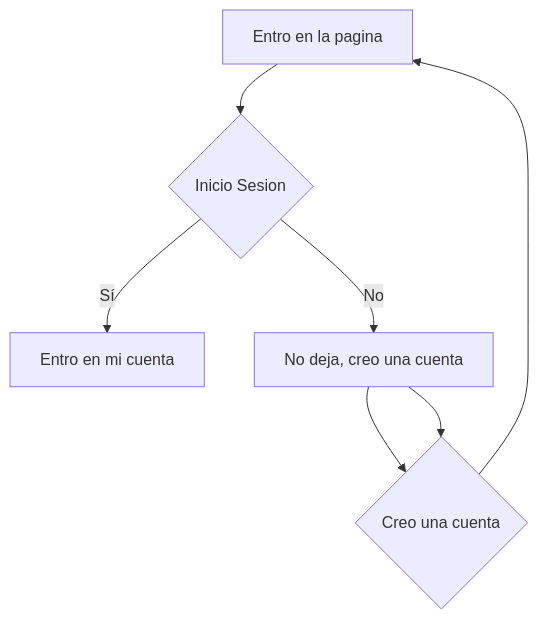
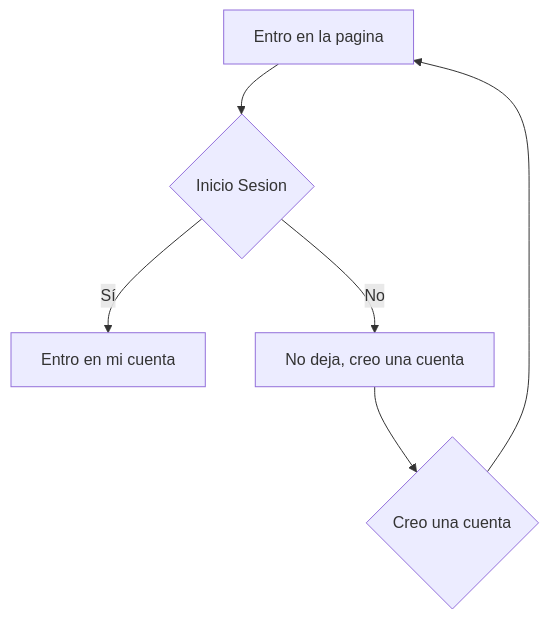
One commit to MyNameIsAlecs/Kahoot-UML changed the second of 2 diagrams in README.md. Above: the diagram before and after it, drawn with Mermaid.

````diff
--- a/README.md
+++ b/README.md
@@ -56,9 +56,9 @@
 ```mermaid
 flowchart
     A[Entro en la pagina] --> B{Inicio Sesion}
     B -->|Sí| C[Entro en mi cuenta]
     B -->|No| D[No deja, creo una cuenta]
     D --> E{Creo una cuenta}
     E --> A
-    D --> E
+   
 ```
````
